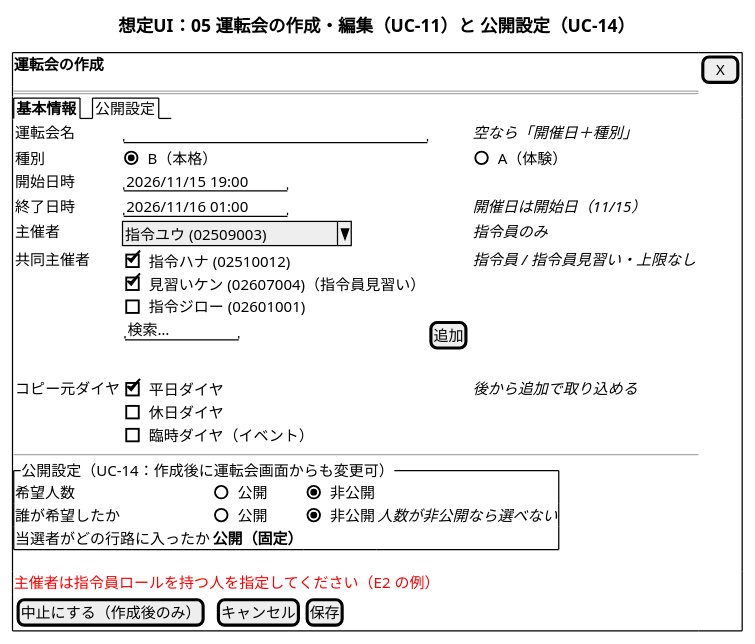
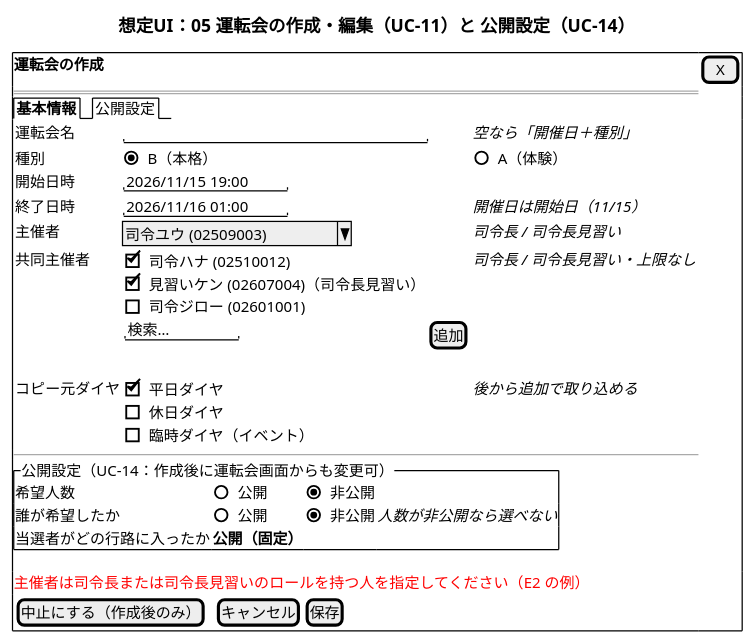
One commit to daidoji-traincrew-office/Tatehama_shukkindai changed the diagram in Docs/diagrams/ui/05_運転会作成編集.puml. Above: the diagram before and after it, drawn with PlantUML. The commit also changed 61 other files, not shown here.

```diff
--- a/Docs/diagrams/ui/05_運転会作成編集.puml
+++ b/Docs/diagrams/ui/05_運転会作成編集.puml
@@ -1,40 +1,40 @@
 @startsalt ui-05
 skinparam defaultFontName "Yu Gothic UI"
 title 想定UI：05 運転会の作成・編集（UC-11）と 公開設定（UC-14）
 {
   {+
     <b>運転会の作成                                                       | [ X ]
     ==
     {/ <b>基本情報 | 公開設定 }
     {
       運転会名 | "                              " | <i>空なら「開催日＋種別」</i>
       種別     | (X) B（本格）  | () A（体験）
       開始日時 | "2026/11/15 19:00" | .
       終了日時 | "2026/11/16 01:00" | <i>開催日は開始日（11/15）</i>
-      主催者   | ^指令ユウ (02509003)      ^ | <i>指令員のみ</i>
+      主催者   | ^司令ユウ (02509003)      ^ | <i>司令長 / 司令長見習い</i>
       共同主催者 | {
-                     [X] 指令ハナ (02510012)
-                     [X] 見習いケン (02607004)（指令員見習い）
-                     [ ] 指令ジロー (02601001)
+                     [X] 司令ハナ (02510012)
+                     [X] 見習いケン (02607004)（司令長見習い）
+                     [ ] 司令ジロー (02601001)
                      "検索…        " | [追加]
-                   } | <i>指令員 / 指令員見習い・上限なし</i>
+                   } | <i>司令長 / 司令長見習い・上限なし</i>
       .
       コピー元ダイヤ | {
                      [X] 平日ダイヤ
                      [ ] 休日ダイヤ
                      [ ] 臨時ダイヤ（イベント）
                    } | <i>後から追加で取り込める</i>
     }
     --
     {^"公開設定（UC-14：作成後に運転会画面からも変更可）"
       希望人数           | () 公開 | (X) 非公開
       誰が希望したか     | () 公開 | (X) 非公開 | <i>人数が非公開なら選べない</i>
       当選者がどの行路に入ったか | <b>公開（固定）</b> | .
     }
-    <color:red>主催者は指令員ロールを持つ人を指定してください（E2 の例）</color>
+    <color:red>主催者は司令長または司令長見習いのロールを持つ人を指定してください（E2 の例）</color>
     {
       [中止にする（作成後のみ）] | . | [キャンセル] | [保存]
     }
   }
 }
 @endsalt
```
